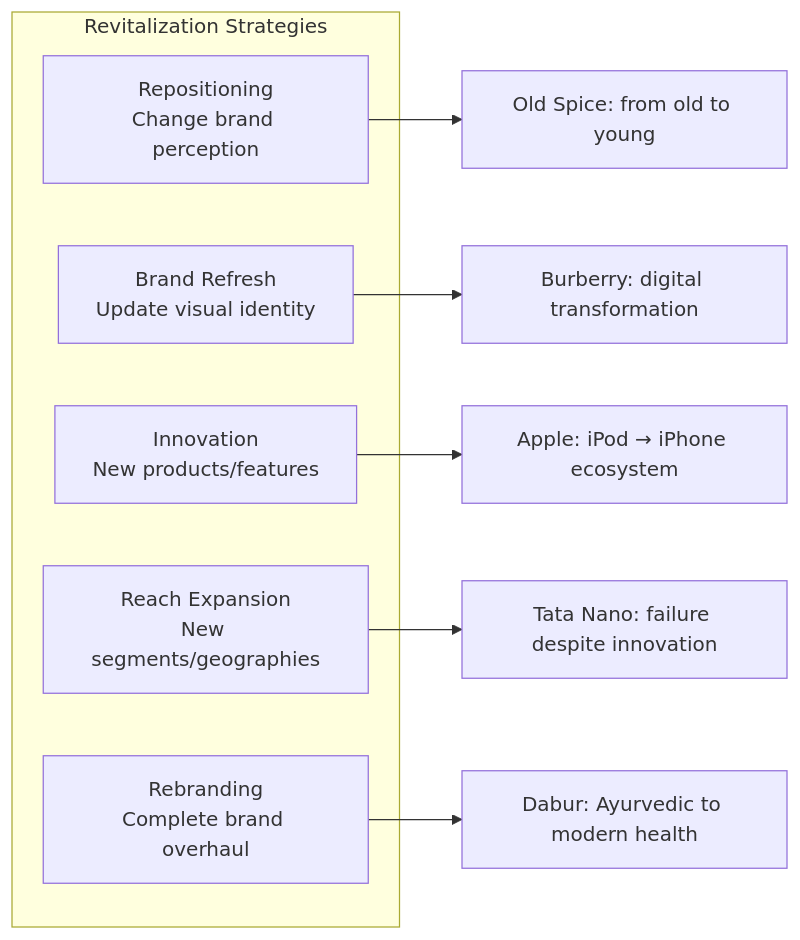
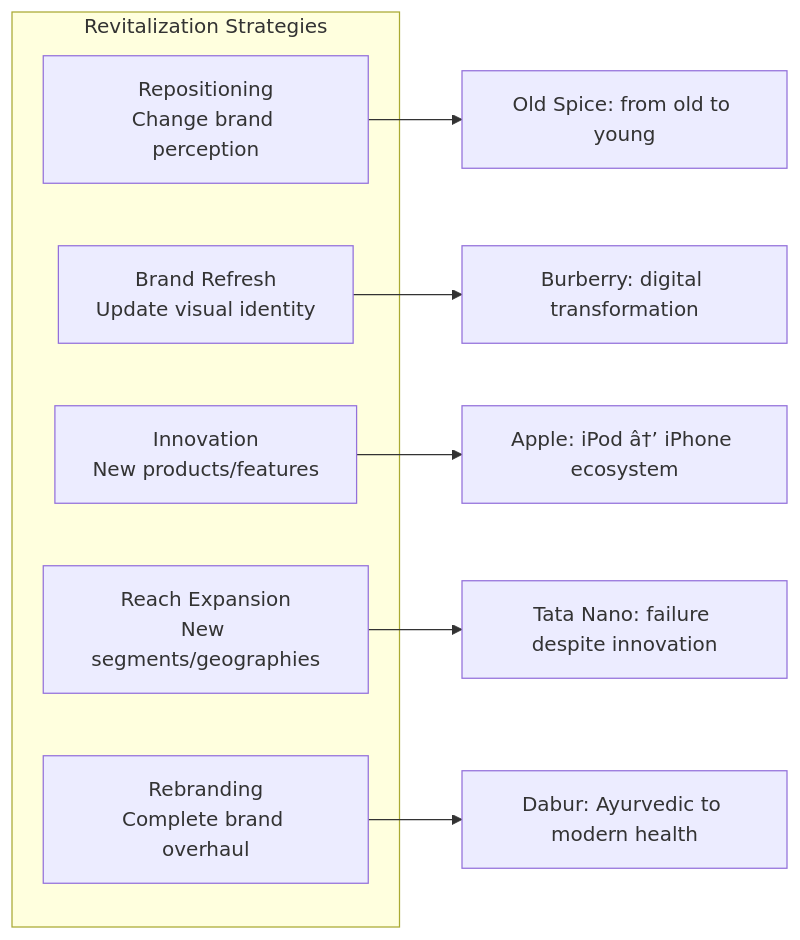
Before and after one commit to Raushan666java/ai-engineering-journey: the sixth of 7 diagrams in docs/courses/marketing-aptitude/03-brand-management-digital.md, drawn with Mermaid. The commit also changed other lines of this file and 735 other files, not shown here.

````diff
--- a/docs/courses/marketing-aptitude/03-brand-management-digital.md
+++ b/docs/courses/marketing-aptitude/03-brand-management-digital.md
@@ -453,15 +453,15 @@
 ```mermaid
 graph LR
     subgraph "Revitalization Strategies"
         R1[Repositioning<br/>Change brand perception]
         R2[Brand Refresh<br/>Update visual identity]
         R3[Innovation<br/>New products/features]
         R4[Reach Expansion<br/>New segments/geographies]
         R5[Rebranding<br/>Complete brand overhaul]
     end
     R1 --> E1[Old Spice: from old to young]
     R2 --> E2[Burberry: digital transformation]
-    R3 --> E3[Apple: iPod → iPhone ecosystem]
+    R3 --> E3[Apple: iPod â†’ iPhone ecosystem]
     R4 --> E4[Tata Nano: failure despite innovation]
     R5 --> E5[Dabur: Ayurvedic to modern health]
 ```
````
